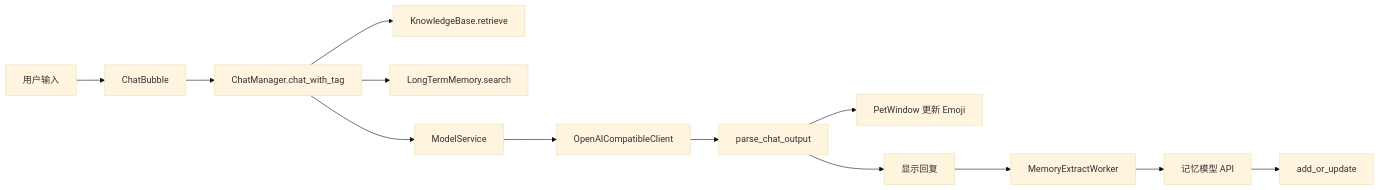
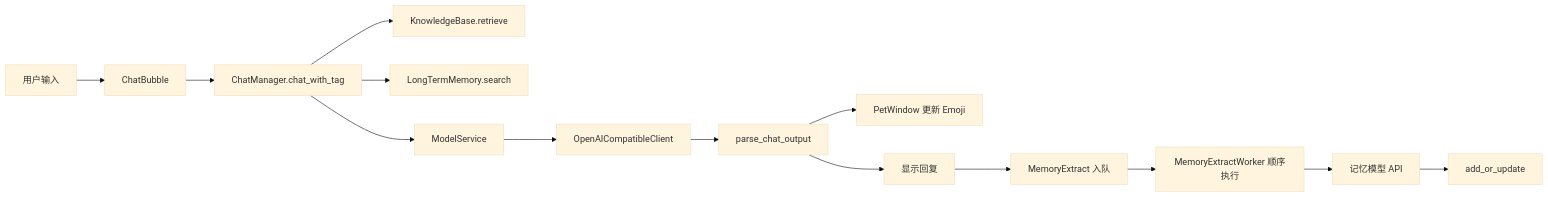
One commit to CheshireClef/Indra_Desktop_Pet changed the second of 3 diagrams in docs/03-程序架构.md. Above: the diagram before and after it, drawn with Mermaid (base theme). The commit also changed other lines of this file and 20 other files, not shown here.

````diff
--- a/docs/03-程序架构.md
+++ b/docs/03-程序架构.md
@@ -76,15 +77,16 @@
 ```mermaid
 flowchart LR
     User[用户输入] --> CB[ChatBubble]
     CB --> CM[ChatManager.chat_with_tag]
     CM --> KB[KnowledgeBase.retrieve]
     CM --> LTM[LongTermMemory.search]
     CM --> MS[ModelService]
     MS --> LLM[OpenAICompatibleClient]
     LLM --> Parse[parse_chat_output]
     Parse --> PW[PetWindow 更新 Emoji]
     Parse --> CB2[显示回复]
-    CB2 --> MEW[MemoryExtractWorker]
+    CB2 --> MEQ[MemoryExtract 入队]
+    MEQ --> MEW[MemoryExtractWorker 顺序执行]
     MEW --> MemLLM[记忆模型 API]
     MemLLM --> LTM2[add_or_update]
 ```
````
